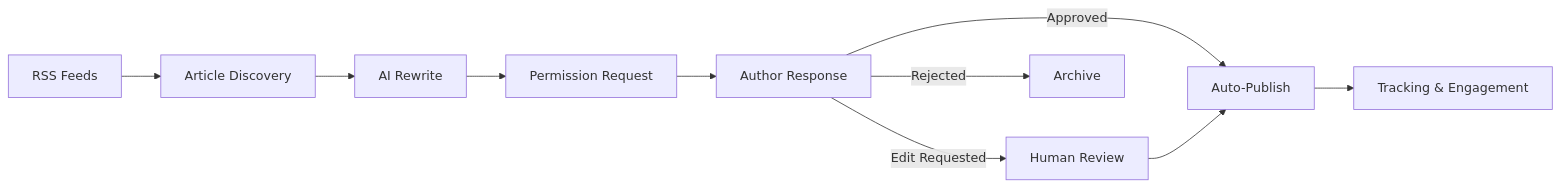
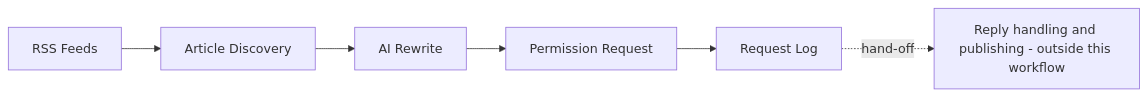
The first of 4 diagrams in marketing-lead-engine/architecture.md (khaledabdelaziz1330-dot/Khaled-AI-Automation-Portfolio), drawn with Mermaid before and after one commit. The commit also changed other lines of this file and 50 other files, not shown here.

````diff
--- a/marketing-lead-engine/architecture.md
+++ b/marketing-lead-engine/architecture.md
@@ -9,12 +9,8 @@
 ```mermaid
 flowchart LR
     A[RSS Feeds] --> B[Article Discovery]
     B --> C[AI Rewrite]
     C --> D[Permission Request]
-    D --> E[Author Response]
-    E -->|Approved| F[Auto-Publish]
-    E -->|Edit Requested| G[Human Review]
-    E -->|Rejected| H[Archive]
-    G --> F
-    F --> I[Tracking & Engagement]
+    D --> E[Request Log]
+    E -.->|hand-off| F[Reply handling and publishing - outside this workflow]
 ```
````
